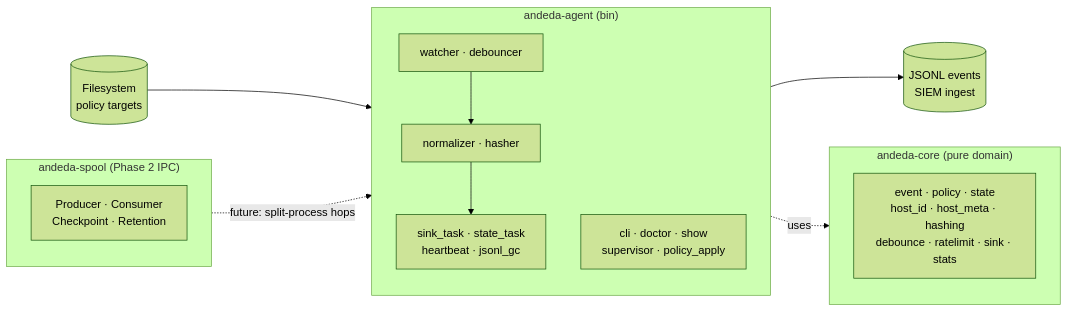
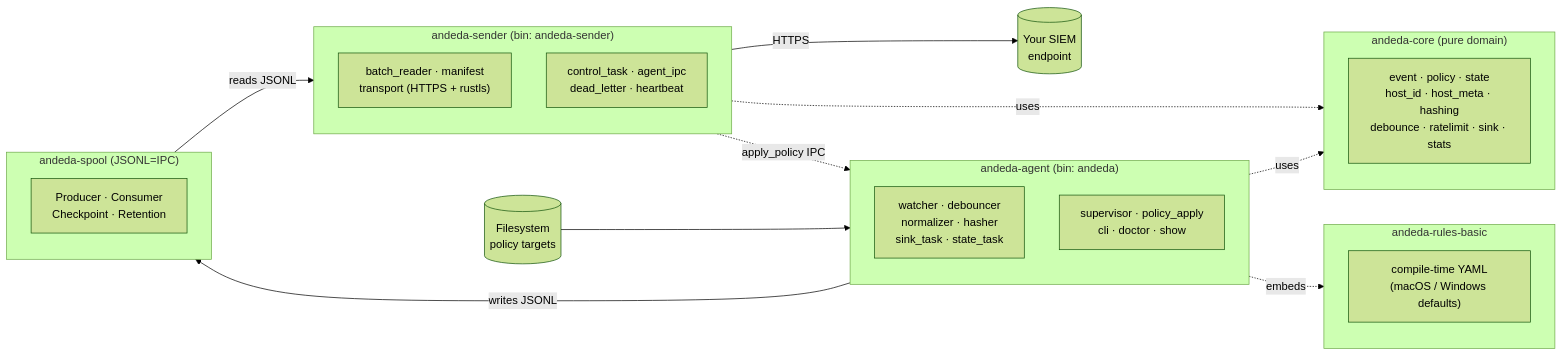
The diagram in README.md (Ju571nK/sigil), drawn with Mermaid (forest theme) before and after one commit. The commit also changed other lines of this file, not shown here.

Commit message:
docs: update architecture section in README to reflect new crate structure and renaming plans

````diff
--- a/README.md
+++ b/README.md
@@ -82,28 +95,39 @@
 ```mermaid
 flowchart LR
     FS[("Filesystem<br/>policy targets")]
-    JSONL[("JSONL events<br/>SIEM ingest")]
+    SIEM[("Your SIEM<br/>endpoint")]
 
-    subgraph agent["andeda-agent (bin)"]
+    subgraph agent["andeda-agent (bin: andeda)"]
         direction TB
-        watcher["watcher · debouncer"]
-        pipeline["normalizer · hasher"]
-        sinks["sink_task · state_task<br/>heartbeat · jsonl_gc"]
-        ctrl["cli · doctor · show<br/>supervisor · policy_apply"]
-        watcher --> pipeline --> sinks
+        a_pipe["watcher · debouncer<br/>normalizer · hasher<br/>sink_task · state_task"]
+        a_ctrl["supervisor · policy_apply<br/>cli · doctor · show"]
+    end
+
+    subgraph sender["andeda-sender (bin: andeda-sender)"]
+        direction TB
+        s_pipe["batch_reader · manifest<br/>transport (HTTPS + rustls)"]
+        s_ctrl["control_task · agent_ipc<br/>dead_letter · heartbeat"]
+    end
+
+    subgraph spool["andeda-spool (JSONL=IPC)"]
+        spoolmods["Producer · Consumer<br/>Checkpoint · Retention"]
     end
 
     subgraph core["andeda-core (pure domain)"]
         coremods["event · policy · state<br/>host_id · host_meta · hashing<br/>debounce · ratelimit · sink · stats"]
     end
 
-    subgraph spool["andeda-spool (Phase 2 IPC)"]
-        spoolmods["Producer · Consumer<br/>Checkpoint · Retention"]
+    subgraph rules["andeda-rules-basic"]
+        rulesmods["compile-time YAML<br/>(macOS / Windows defaults)"]
     end
 
-    FS --> watcher
-    sinks --> JSONL
+    FS --> a_pipe
+    a_pipe -- "writes JSONL" --> spool
+    spool -- "reads JSONL" --> s_pipe
+    s_pipe -- "HTTPS" --> SIEM
+    s_ctrl -. "apply_policy IPC" .-> a_ctrl
 
     agent -. uses .-> core
-    spool -. "future: split-process hops" .-> agent
+    sender -. uses .-> core
+    agent -. embeds .-> rules
 ```
````
